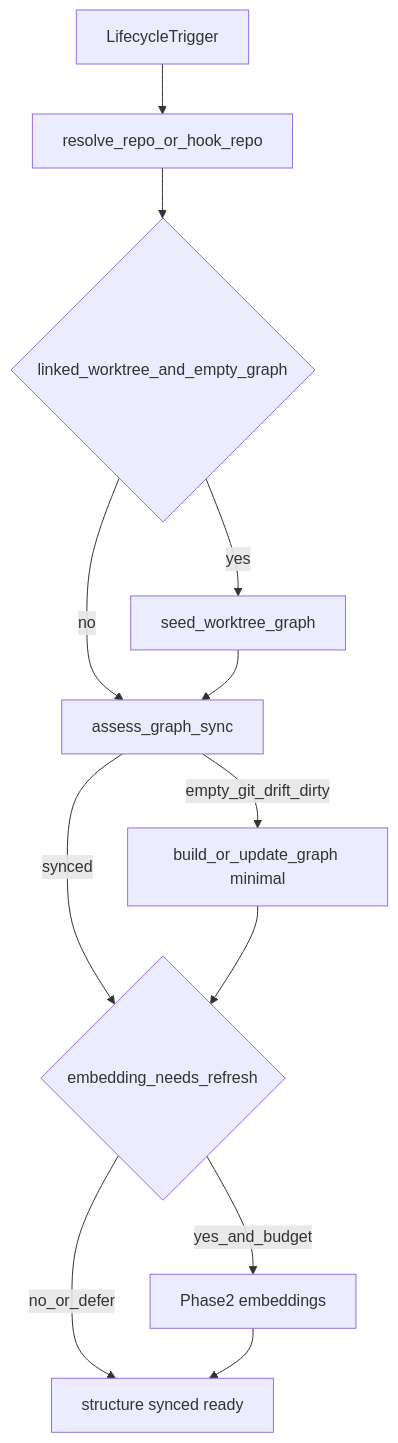
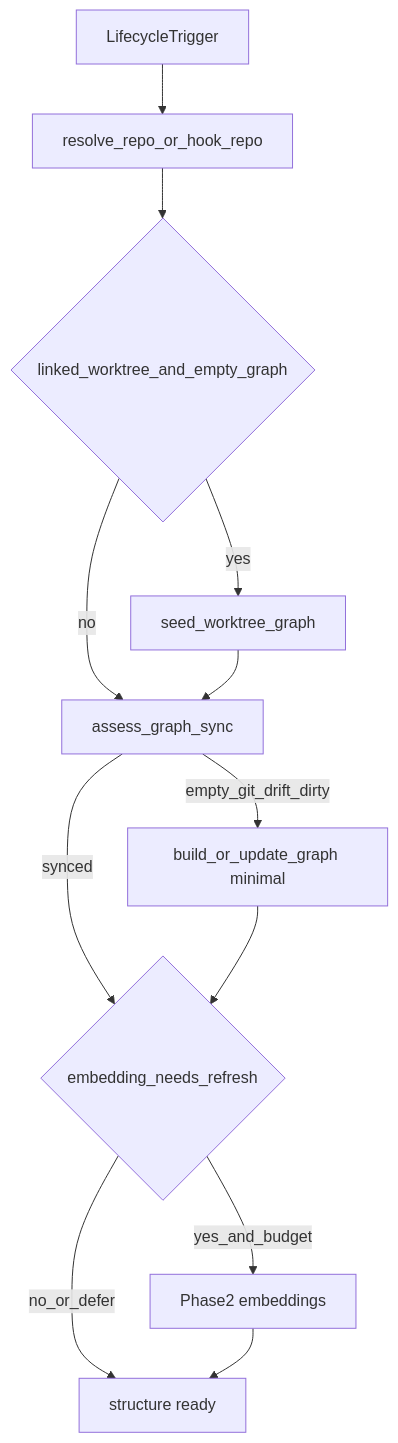
The diagram in docs/SESSION-GRAPH-FRESHNESS.md (manji-0/dagayn), drawn with Mermaid before and after one commit. The commit also changed other lines of this file and 4 other files, not shown here.

First line of the commit message:
fix: treat dirty worktree as structure-ready for MCP bootstrap

````diff
--- a/docs/SESSION-GRAPH-FRESHNESS.md
+++ b/docs/SESSION-GRAPH-FRESHNESS.md
@@ -48,14 +63,14 @@
 ```mermaid
 flowchart TD
   trigger[LifecycleTrigger] --> resolve[resolve_repo_or_hook_repo]
   resolve --> seed{linked_worktree_and_empty_graph}
   seed -->|yes| seedGraph[seed_worktree_graph]
   seed -->|no| assess[assess_graph_sync]
   seedGraph --> assess
   assess -->|empty_git_drift_dirty| structure[build_or_update_graph minimal]
   assess -->|synced| embedCheck{embedding_needs_refresh}
   structure --> embedCheck
   embedCheck -->|yes_and_budget| embed[Phase2 embeddings]
-  embedCheck -->|no_or_defer| ready[structure synced ready]
+  embedCheck -->|no_or_defer| ready[structure ready]
   embed --> ready
 ```
````
